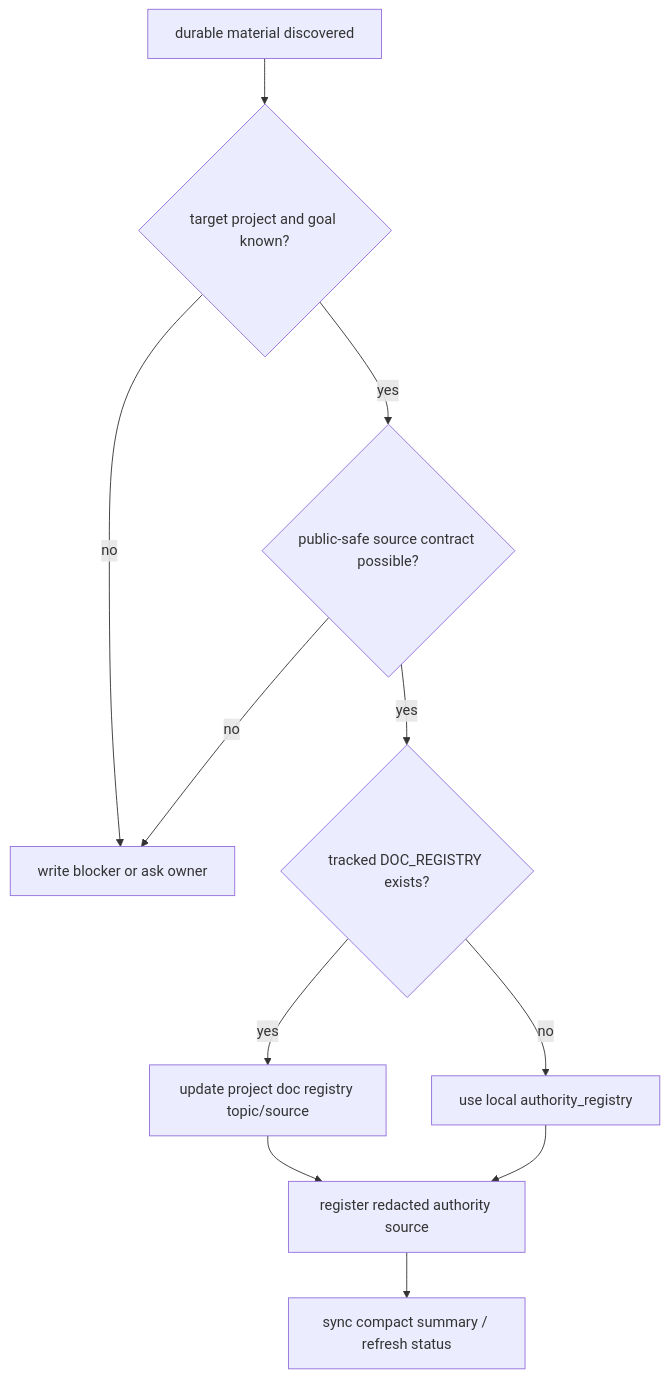
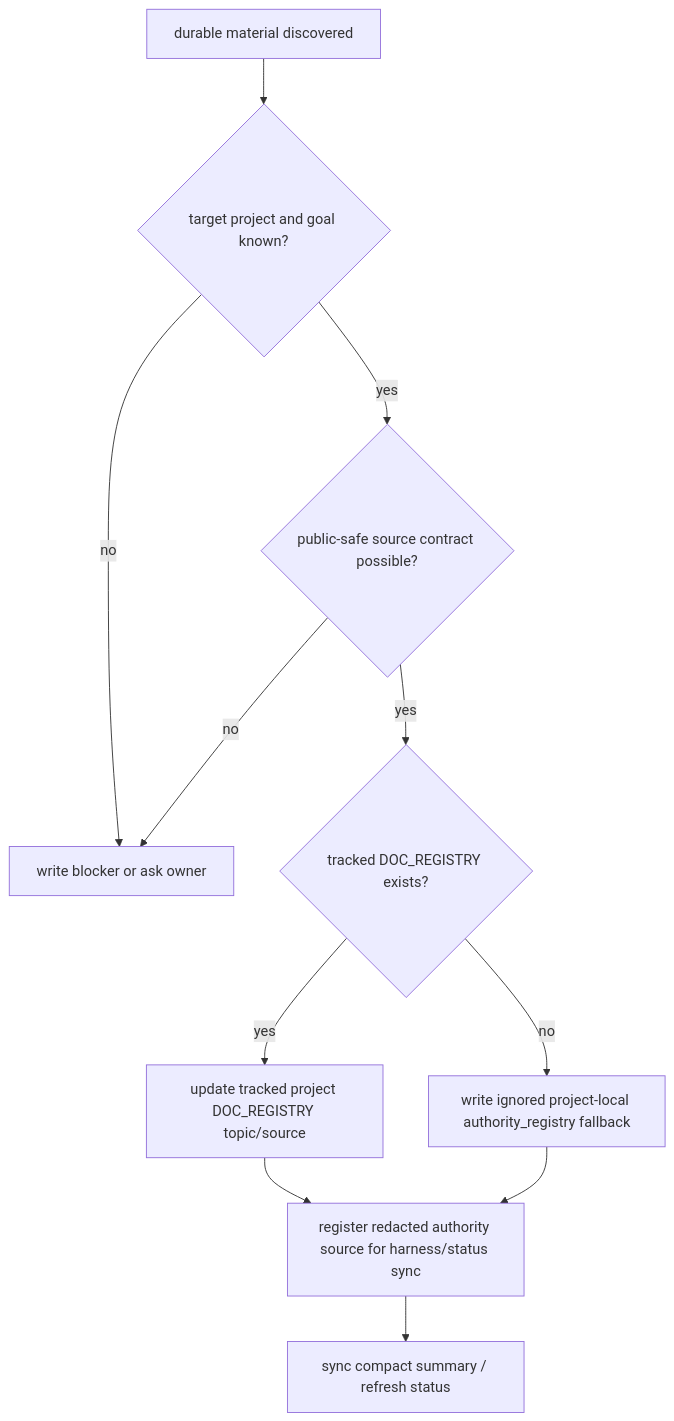
One commit to huangruiteng/goal-harness changed diagram 13 of 18 in docs/interaction-pattern-catalog.md. Above: the diagram before and after it, drawn with Mermaid. The commit also changed other lines of this file, not shown here.

Commit message:
Clarify doc registry fallback labels (#194)

````diff
--- a/docs/interaction-pattern-catalog.md
+++ b/docs/interaction-pattern-catalog.md
@@ -608,13 +611,13 @@
 ```mermaid
 flowchart TD
   M["durable material discovered"] --> P{"target project and goal known?"}
   P -->|"no"| B["write blocker or ask owner"]
   P -->|"yes"| R{"public-safe source contract possible?"}
   R -->|"no"| B
   R -->|"yes"| D{"tracked DOC_REGISTRY exists?"}
-  D -->|"yes"| Y["update project doc registry topic/source"]
-  D -->|"no"| L["use local authority_registry"]
-  Y --> C["register redacted authority source"]
+  D -->|"yes"| Y["update tracked project DOC_REGISTRY topic/source"]
+  D -->|"no"| L["write ignored project-local authority_registry fallback"]
+  Y --> C["register redacted authority source for harness/status sync"]
   L --> C
   C --> S["sync compact summary / refresh status"]
 ```
````
